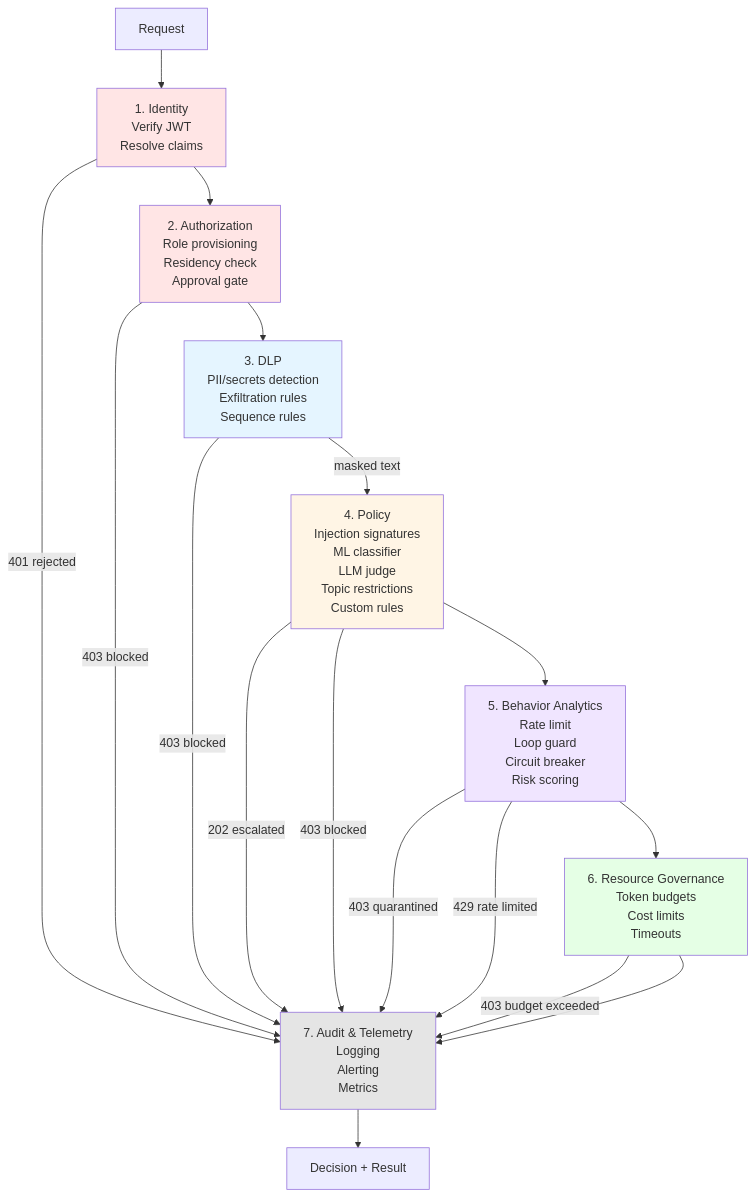
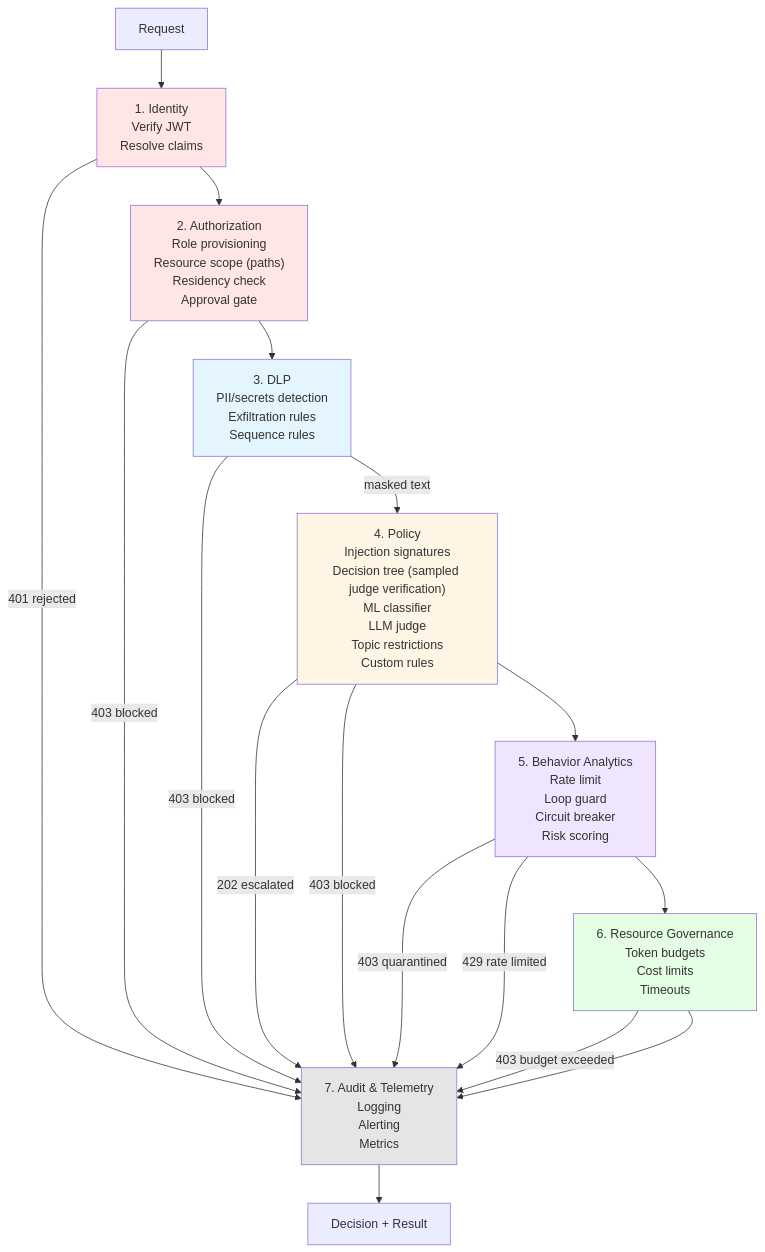
The second of 5 diagrams in WIKI/architecture.md (SecCodeSmith/IA-Controled-Layer), drawn with Mermaid before and after one commit. The commit also changed other lines of this file and 4 other files, not shown here.

First line of the commit message:
docs: API contract, architecture, OWASP mapping, demo script and index for the new features

````diff
--- a/WIKI/architecture.md
+++ b/WIKI/architecture.md
@@ -37,37 +37,37 @@
 ```mermaid
 graph TD
     Start["Request"]
     Stage1["1. Identity<br/>Verify JWT<br/>Resolve claims"]
-    Stage2["2. Authorization<br/>Role provisioning<br/>Residency check<br/>Approval gate"]
+    Stage2["2. Authorization<br/>Role provisioning<br/>Resource scope (paths)<br/>Residency check<br/>Approval gate"]
     Stage3["3. DLP<br/>PII/secrets detection<br/>Exfiltration rules<br/>Sequence rules"]
-    Stage4["4. Policy<br/>Injection signatures<br/>ML classifier<br/>LLM judge<br/>Topic restrictions<br/>Custom rules"]
+    Stage4["4. Policy<br/>Injection signatures<br/>Decision tree (sampled judge verification)<br/>ML classifier<br/>LLM judge<br/>Topic restrictions<br/>Custom rules"]
     Stage5["5. Behavior Analytics<br/>Rate limit<br/>Loop guard<br/>Circuit breaker<br/>Risk scoring"]
     Stage6["6. Resource Governance<br/>Token budgets<br/>Cost limits<br/>Timeouts"]
     Stage7["7. Audit & Telemetry<br/>Logging<br/>Alerting<br/>Metrics"]
     End["Decision + Result"]
 
     Start --> Stage1
     Stage1 -->|401 rejected| Stage7
     Stage1 --> Stage2
     Stage2 -->|403 blocked| Stage7
     Stage2 --> Stage3
     Stage3 -->|masked text| Stage4
     Stage3 -->|403 blocked| Stage7
     Stage4 -->|202 escalated| Stage7
     Stage4 -->|403 blocked| Stage7
     Stage4 --> Stage5
     Stage5 -->|403 quarantined| Stage7
     Stage5 -->|429 rate limited| Stage7
     Stage5 --> Stage6
     Stage6 -->|403 budget exceeded| Stage7
     Stage6 --> Stage7
     Stage7 --> End
 
     style Stage1 fill:#ffe5e5
     style Stage2 fill:#ffe5e5
     style Stage3 fill:#e5f5ff
     style Stage4 fill:#fff5e5
     style Stage5 fill:#f0e5ff
     style Stage6 fill:#e5ffe5
     style Stage7 fill:#e5e5e5
 ```
````
